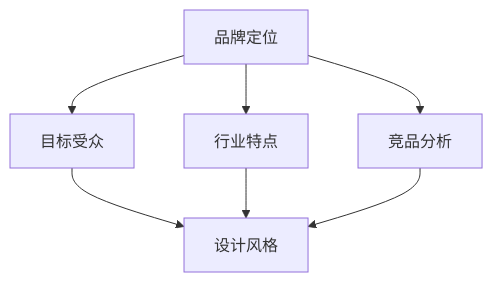
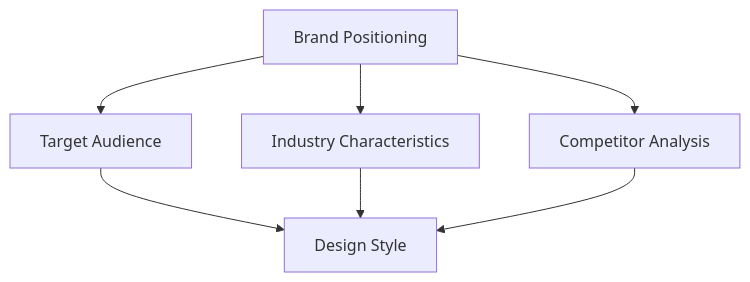
Before and after one commit to ChanMeng666/ai-programming-teaching-project: the fourth of 4 diagrams in versioned_docs/version-2024-winter/advanced/ai-systems/ai-drawing.mdx, drawn with Mermaid. The commit also changed other lines of this file and 472 other files, not shown here.

````diff
--- a/versioned_docs/version-2024-winter/advanced/ai-systems/ai-drawing.mdx
+++ b/versioned_docs/version-2024-winter/advanced/ai-systems/ai-drawing.mdx
@@ -342,9 +319,9 @@
 ```mermaid
 graph TD
-    A[品牌定位] --> B[目标受众]
-    A --> C[行业特点]
-    A --> D[竞品分析]
-    B --> E[设计风格]
+    A[Brand Positioning] --> B[Target Audience]
+    A --> C[Industry Characteristics]
+    A --> D[Competitor Analysis]
+    B --> E[Design Style]
     C --> E
     D --> E
 ```
````
